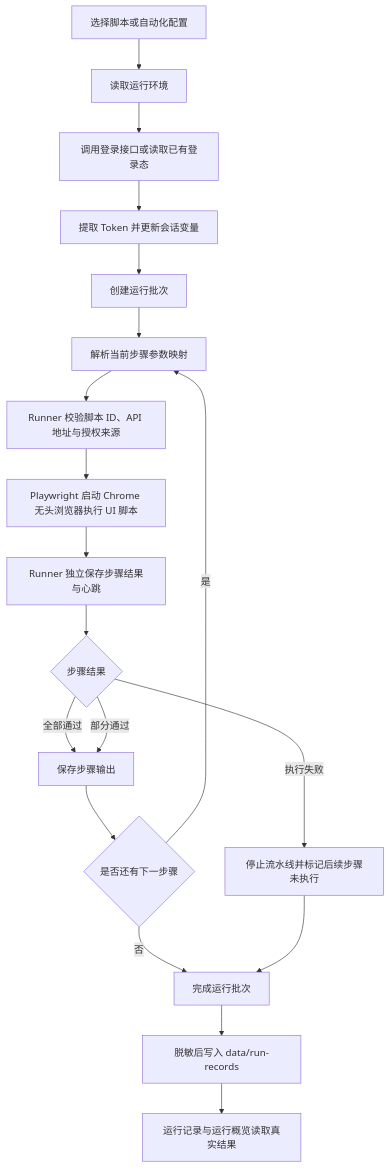
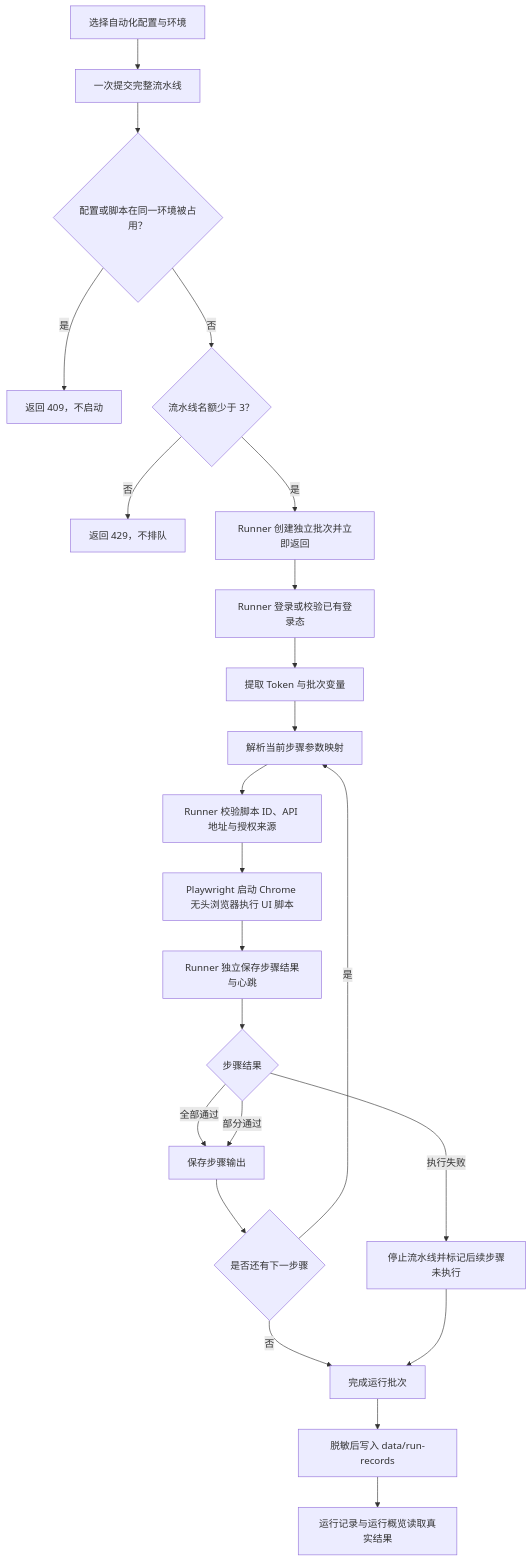
One commit to caozichen/autoTest changed the diagram in README.md. Above: the diagram before and after it, drawn with Mermaid. The commit also changed other lines of this file and 28 other files, not shown here.

````diff
--- a/README.md
+++ b/README.md
@@ -240,21 +261,25 @@
 ```mermaid
 flowchart TD
-    A["选择脚本或自动化配置"] --> B["读取运行环境"]
-    B --> C["调用登录接口或读取已有登录态"]
-    C --> D["提取 Token 并更新会话变量"]
-    D --> E["创建运行批次"]
-    E --> F["解析当前步骤参数映射"]
+    A["选择自动化配置与环境"] --> B["一次提交完整流水线"]
+    B --> Q{"配置或脚本在同一环境被占用？"}
+    Q -- "是" --> R["返回 409，不启动"]
+    Q -- "否" --> S{"流水线名额少于 3？"}
+    S -- "否" --> T["返回 429，不排队"]
+    S -- "是" --> E["Runner 创建独立批次并立即返回"]
+    E --> C["Runner 登录或校验已有登录态"]
+    C --> D["提取 Token 与批次变量"]
+    D --> F["解析当前步骤参数映射"]
     F --> G["Runner 校验脚本 ID、API 地址与授权来源"]
     G --> H["Playwright 启动 Chrome 无头浏览器执行 UI 脚本"]
     H --> P["Runner 独立保存步骤结果与心跳"]
     P --> I{"步骤结果"}
     I -- "全部通过" --> J["保存步骤输出"]
     I -- "部分通过" --> J
     J --> K{"是否还有下一步骤"}
     K -- "是" --> F
     K -- "否" --> M["完成运行批次"]
     I -- "执行失败" --> L["停止流水线并标记后续步骤未执行"]
     L --> M
     M --> N["脱敏后写入 data/run-records"]
     N --> O["运行记录与运行概览读取真实结果"]
 ```
````
